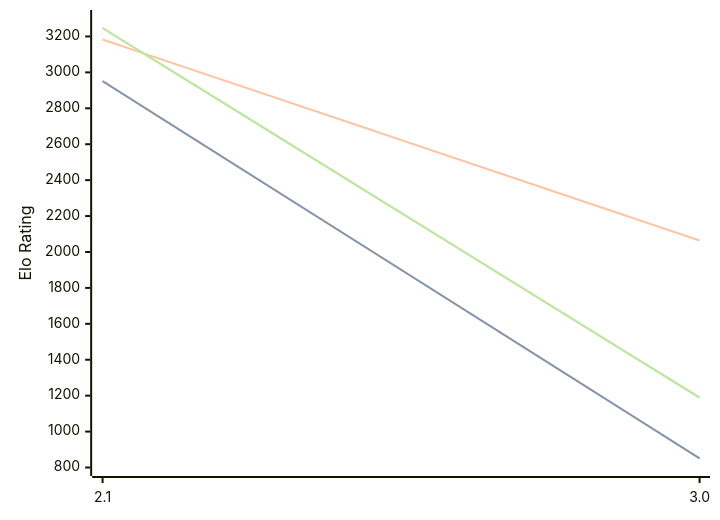
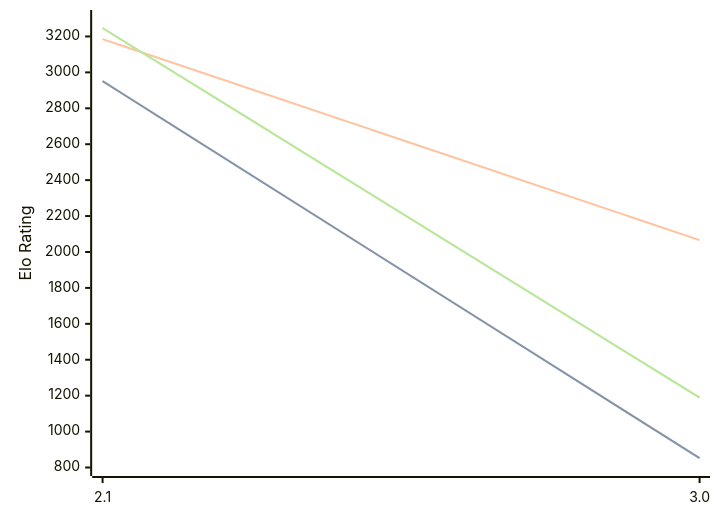
One commit to computer-chess-index/cci changed the diagram in engines/Quirky.md. Above: the diagram before and after it, drawn with Mermaid. The commit also changed other lines of this file, not shown here.

````diff
--- a/engines/Quirky.md
+++ b/engines/Quirky.md
@@ -32,11 +32,11 @@
 ```mermaid
 %%{init: {"theme":"base","themeVariables":{"seriesColors:['#a3a3a3','#222221','#faa371']}}}%%
 xychart-beta
   x-axis ["2.1", "3.0"]
   y-axis "Elo Rating" 800 --> 3300
-  line "STC (8.0+0.08s)" [2951, 851]
-  line "STC (8.0+0.08s)" [2951, 851]
-  line "LTC (60.0+0.60s)" [3183, 2064]
+  line "STC (8.0+0.08s)" [2951, 852]
+  line "STC (8.0+0.08s)" [2951, 852]
+  line "LTC (60.0+0.60s)" [3185, 2066]
   line "VLTC (2m24s+1.12s)" [3247, 1189]
   line "VLTC (2m24s+1.12s)" [3247, 1189]
 ```
````
